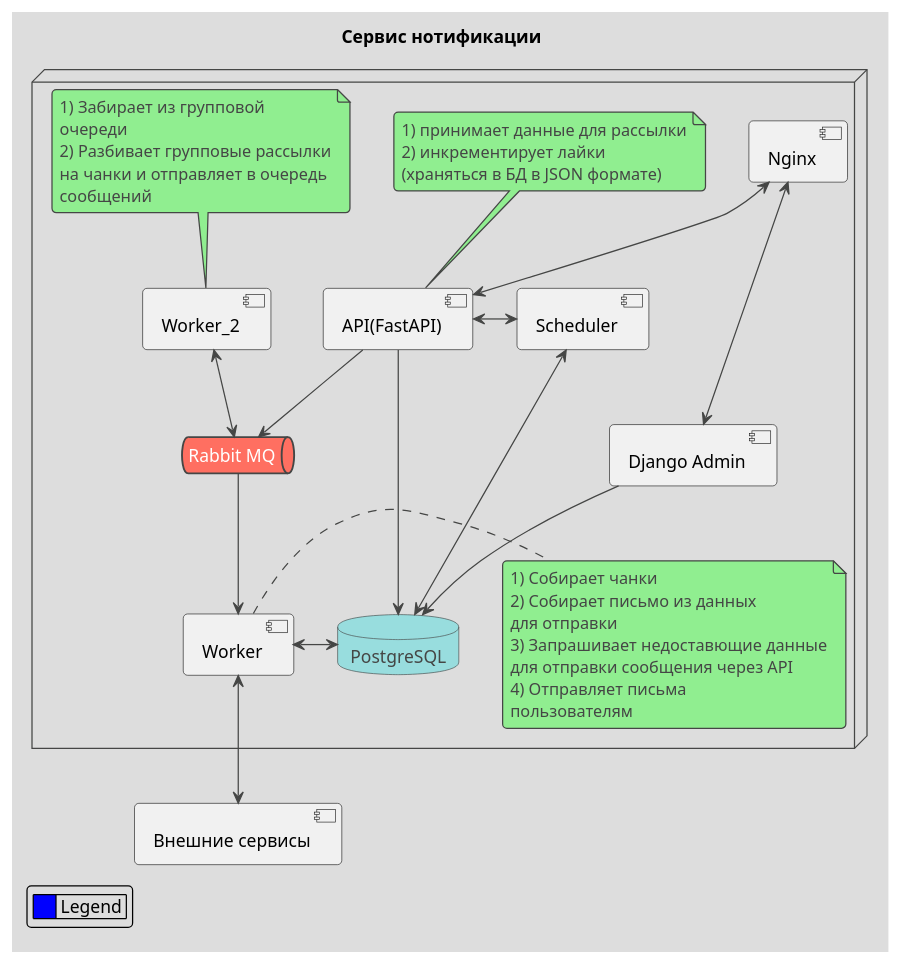
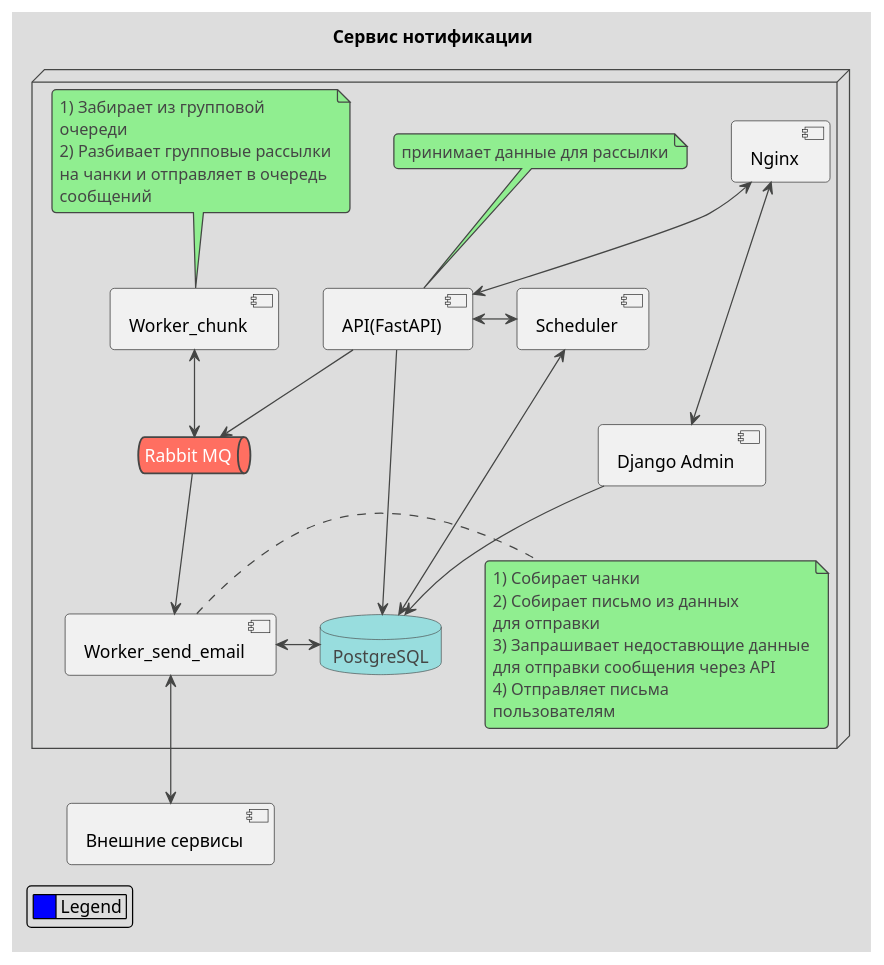
Before and after one commit to Natrezzim/notifications_sprint_1: the diagram in diagram/diagram.puml, drawn with PlantUML. The commit also changed 15 other files, not shown here.

```diff
--- a/diagram/diagram.puml
+++ b/diagram/diagram.puml
@@ -1,59 +1,57 @@
 @startuml
 !theme toy
 skinparam componentStyle uml2
 
 title "Сервис нотификации"
 
 component "Внешние сервисы" as ext_serv
 
 node {
 queue "Rabbit MQ" as notif_rabbit
 database "PostgreSQL" as notif_postgres
 
 component "Django Admin" as notif_django_admin
 component "Scheduler" as notif_scheduler
-component "Worker" as notif_worker
+component "Worker_send_email" as notif_worker
 note right
 1) Собирает чанки
 2) Собирает письмо из данных
 для отправки
 3) Запрашивает недоставющие данные
 для отправки сообщения через API
 4) Отправляет письма
 пользователям
 end note
-component "Worker_2" as notif_worker2
+component "Worker_chunk" as notif_worker2
 note top
 1) Забирает из групповой
 очереди
 2) Разбивает групповые рассылки
 на чанки и отправляет в очередь
 сообщений
 end note
 component "API(FastAPI)" as notif_api
 note top
-1) принимает данные для рассылки
-2) инкрементирует лайки
-(храняться в БД в JSON формате)
+принимает данные для рассылки
 end note
 component "Nginx" as notif_nginx
 notif_nginx <--> notif_api
 notif_nginx <--> notif_django_admin
 notif_api --> notif_rabbit
 notif_scheduler <-> notif_postgres
 notif_scheduler <-> notif_api
 notif_django_admin -> notif_postgres
 notif_rabbit --> notif_worker
 notif_worker <-> notif_postgres
 notif_worker2 <--> notif_rabbit
 notif_worker <--> ext_serv
 notif_api --> notif_postgres
 
 }
 
 
 legend left
     |<#0000FF>     | Legend |
 end legend
 
 @enduml
```
